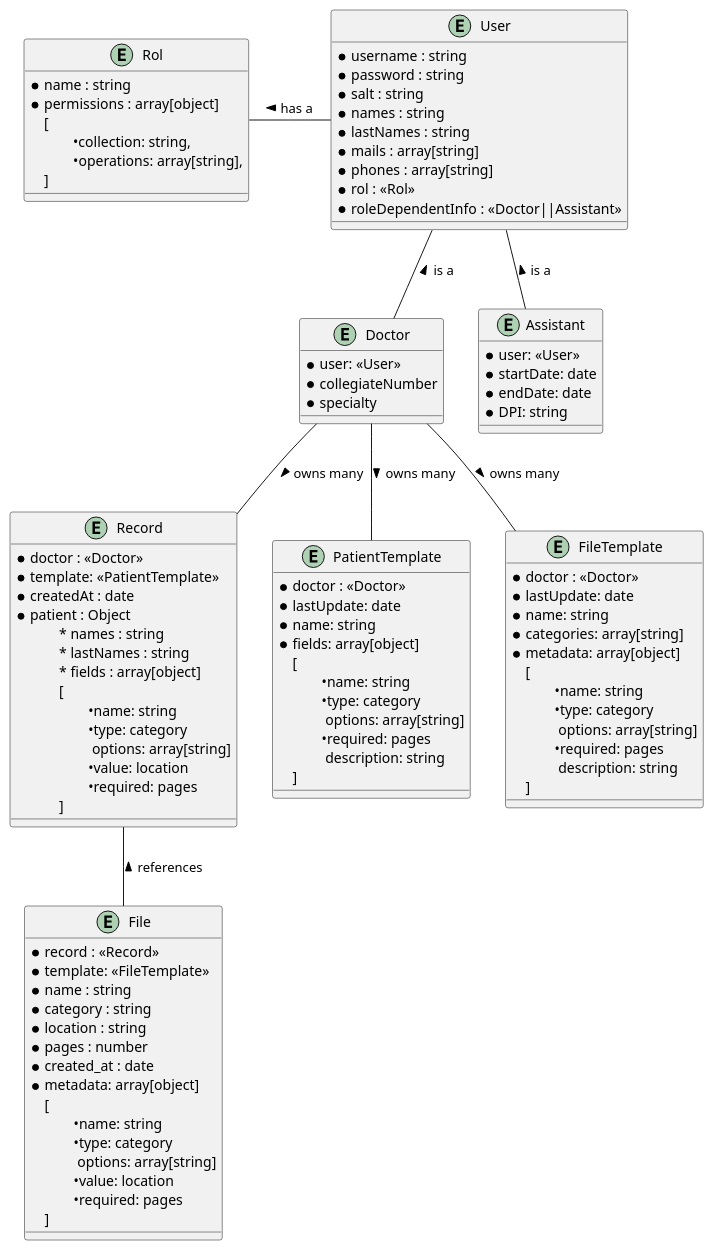
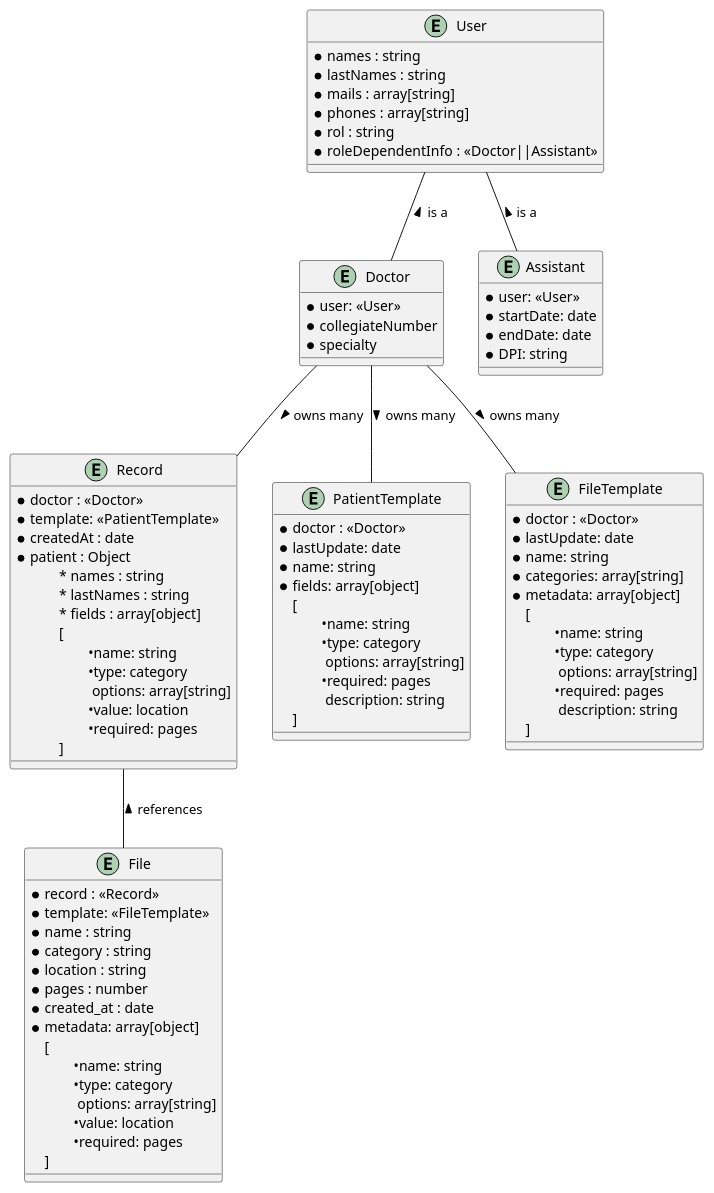
The diagram in Diagram/DB_Diagram.plantuml (TherapistTrack/TherapistTrack-DB), drawn with PlantUML before and after one commit. The commit also changed 3 other files, not shown here.

First line of the commit message:
feat: Update Database Schema to adapth to Auth0 flow

```diff
--- a/Diagram/DB_Diagram.plantuml
+++ b/Diagram/DB_Diagram.plantuml
@@ -1,112 +1,99 @@
 @startuml entity
 
-entity Rol {
-    * name : string
-    * permissions : array[object]
-    [
-        \t•collection: string,
-        \t•operations: array[string],
-    ]
-}
-
 entity User {
-    * username : string
-    * password : string
-    * salt : string
     * names : string
     * lastNames : string
     * mails : array[string]
     * phones : array[string]
-    * rol : <<Rol>>
+    * rol : string
     * roleDependentInfo : <<Doctor||Assistant>>
 }
 
 entity Doctor {
     * user: <<User>>
     * collegiateNumber
     * specialty
 }
 
 entity Assistant {
     * user: <<User>>
     * startDate: date
     * endDate: date
     * DPI: string
 }
 
 entity Record {
     * doctor : <<Doctor>>
     * template: <<PatientTemplate>> 
     * createdAt : date
     * patient : Object
     \t* names : string
     \t* lastNames : string
     \t* fields : array[object]
     \t[
         \t\t•name: string
         \t\t•type: category
         \t\t options: array[string]
         \t\t•value: location
         \t\t•required: pages
     \t]
     
 }
 
 entity PatientTemplate {
     * doctor : <<Doctor>>
     * lastUpdate: date
     * name: string
     * fields: array[object]
     [
         \t•name: string
         \t•type: category
         \t options: array[string]
         \t•required: pages
         \t description: string
     ]
 }
 
 entity FileTemplate {
     * doctor : <<Doctor>>
     * lastUpdate: date
     * name: string
     * categories: array[string]
     * metadata: array[object]
     [
         \t•name: string
         \t•type: category
         \t options: array[string]
         \t•required: pages
         \t description: string
     ]
 }
 
 entity File {
     * record : <<Record>>
     * template: <<FileTemplate>> 
     * name : string
     * category : string
     * location : string
     * pages : number
     * created_at : date
     * metadata: array[object]
     [
         \t•name: string
         \t•type: category
         \t options: array[string]
         \t•value: location
         \t•required: pages
     ]
 }
 
-User -l- Rol : > has a
 User -d- Doctor : < is a
 User -d- Assistant : < is a
 
 Record -u- Doctor : < owns many
 Record -- File  : < references
 
 Doctor -- FileTemplate : > owns many 
 Doctor -- PatientTemplate : > owns many
 
 @enduml
```
